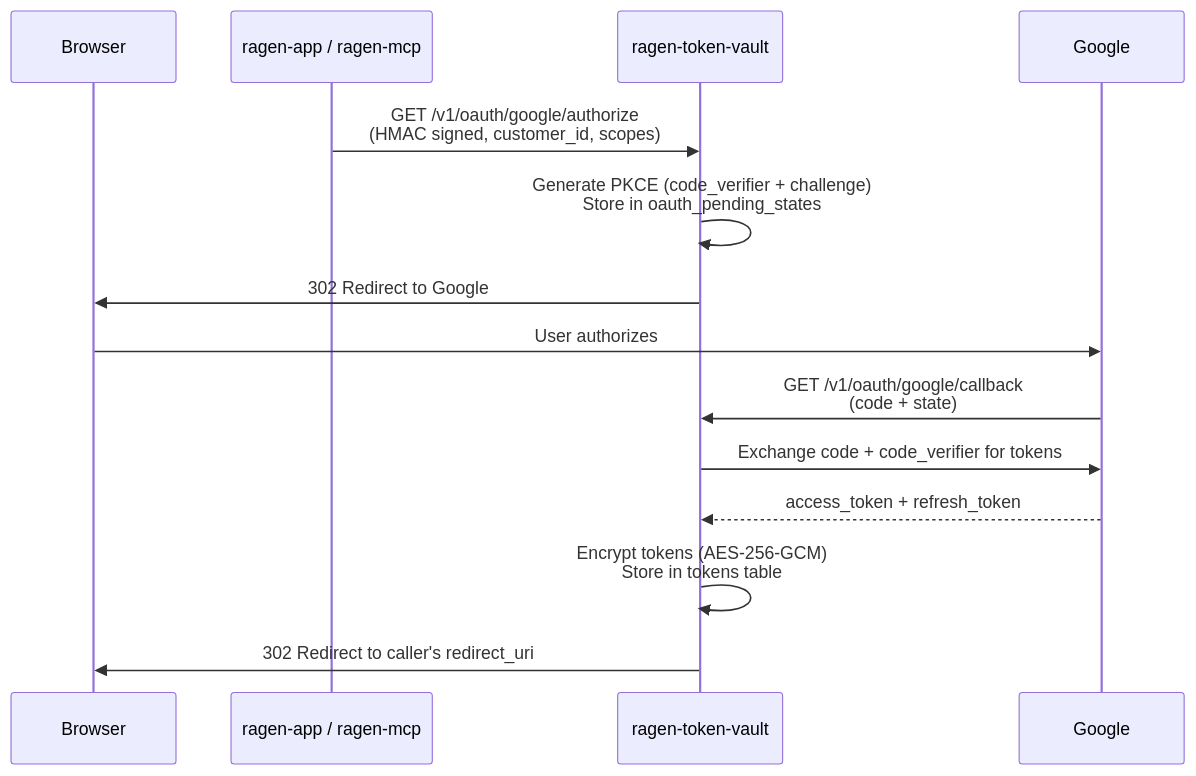
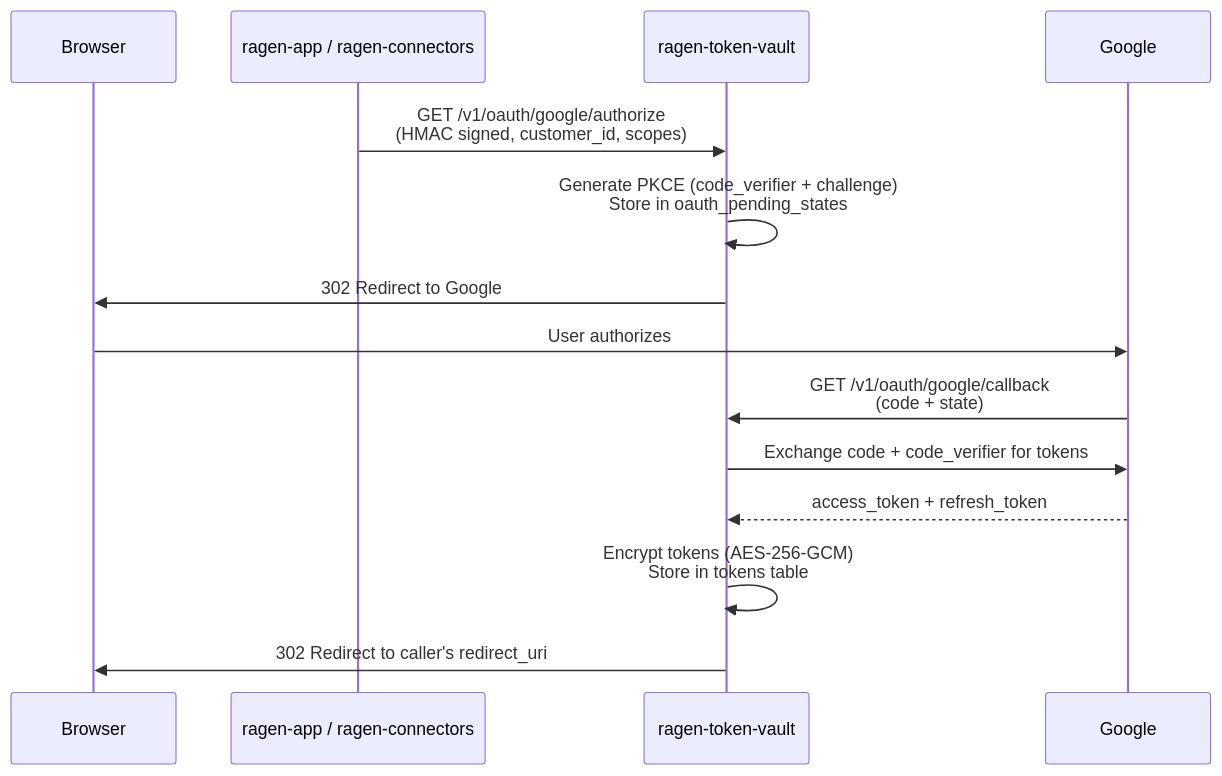
One commit to webamigos/ragen-token-vault changed the second of 2 diagrams in README.md. Above: the diagram before and after it, drawn with Mermaid. The commit also changed other lines of this file and 1 other file, not shown here.

First line of the commit message:
docs: rename ragen-mcp to ragen-connectors

````diff
--- a/README.md
+++ b/README.md
@@ -100,17 +100,17 @@
 ```mermaid
 sequenceDiagram
     participant Browser
-    participant Caller as ragen-app / ragen-mcp
+    participant Caller as ragen-app / ragen-connectors
     participant Auth as ragen-token-vault
     participant Google
 
     Caller->>Auth: GET /v1/oauth/google/authorize<br/>(HMAC signed, customer_id, scopes)
     Auth->>Auth: Generate PKCE (code_verifier + challenge)<br/>Store in oauth_pending_states
     Auth->>Browser: 302 Redirect to Google
     Browser->>Google: User authorizes
     Google->>Auth: GET /v1/oauth/google/callback<br/>(code + state)
     Auth->>Google: Exchange code + code_verifier for tokens
     Google-->>Auth: access_token + refresh_token
     Auth->>Auth: Encrypt tokens (AES-256-GCM)<br/>Store in tokens table
     Auth->>Browser: 302 Redirect to caller's redirect_uri
 ```
````
